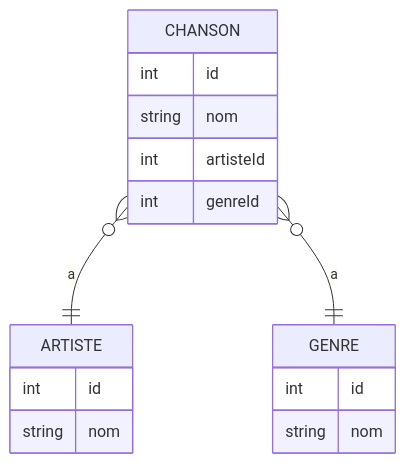
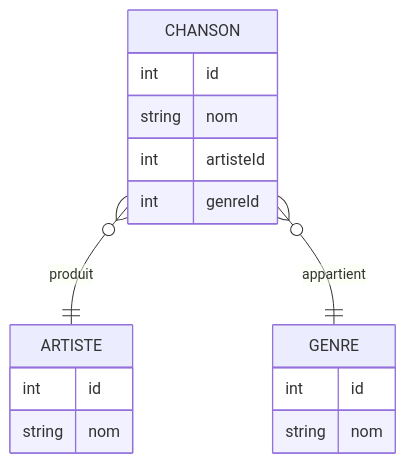
One commit to LeenAlHarash/Music-Library changed the diagram in README.md. Above: the diagram before and after it, drawn with Mermaid.

Commit message:
Changement des messages de relation entre les tables

`````diff
--- a/README.md
+++ b/README.md
@@ -30,19 +30,19 @@
 ````mermaid
 erDiagram
-    CHANSON o{--|| ARTISTE : a
-    CHANSON o{--|| GENRE : a
+    CHANSON o{--|| ARTISTE : produit
+    CHANSON o{--|| GENRE : appartient
     CHANSON {
         int id
         string nom
         int artisteId
         int genreId
     }
     ARTISTE {
         int id
         string nom
     }
     GENRE { 
         int id
         string nom
     }
 ````
`````
